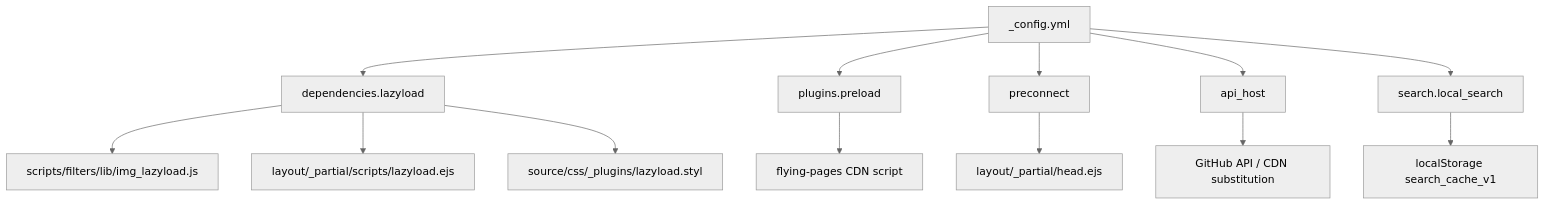
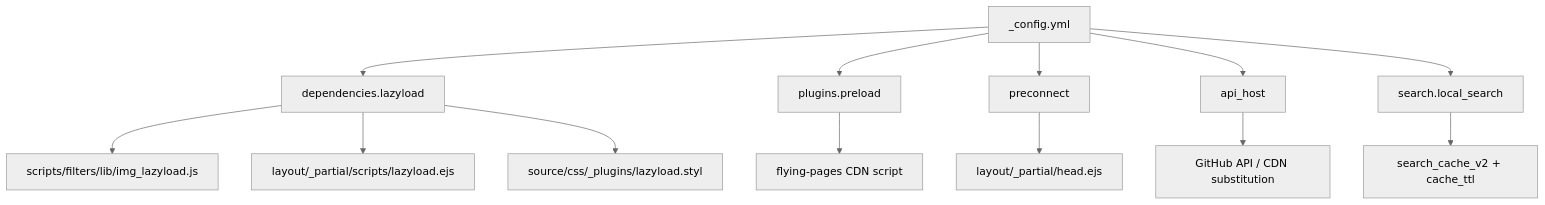
One commit to xaoxuu/hexo-theme-stellar changed the first of 3 diagrams in docs/knowledge/09-高级主题/performance.md. Above: the diagram before and after it, drawn with Mermaid (neutral theme). The commit also changed other lines of this file and 10 other files, not shown here.

````diff
--- a/docs/knowledge/09-高级主题/performance.md
+++ b/docs/knowledge/09-高级主题/performance.md
@@ -51,20 +51,20 @@
 ```mermaid
 flowchart TD
   A["_config.yml"] --> B["dependencies.lazyload"]
   A --> D["plugins.preload"]
   A --> E["preconnect"]
   A --> F["api_host"]
   A --> G["search.local_search"]
 
   B --> B1["scripts/filters/lib/img_lazyload.js"]
   B --> B2["layout/_partial/scripts/lazyload.ejs"]
   B --> B3["source/css/_plugins/lazyload.styl"]
 
   D --> D1["flying-pages CDN script"]
 
   E --> E2["layout/_partial/head.ejs"]
 
   F --> F1["GitHub API / CDN substitution"]
 
-  G --> G1["localStorage search_cache_v1"]
+  G --> G1["search_cache_v2 + cache_ttl"]
 ```
````
